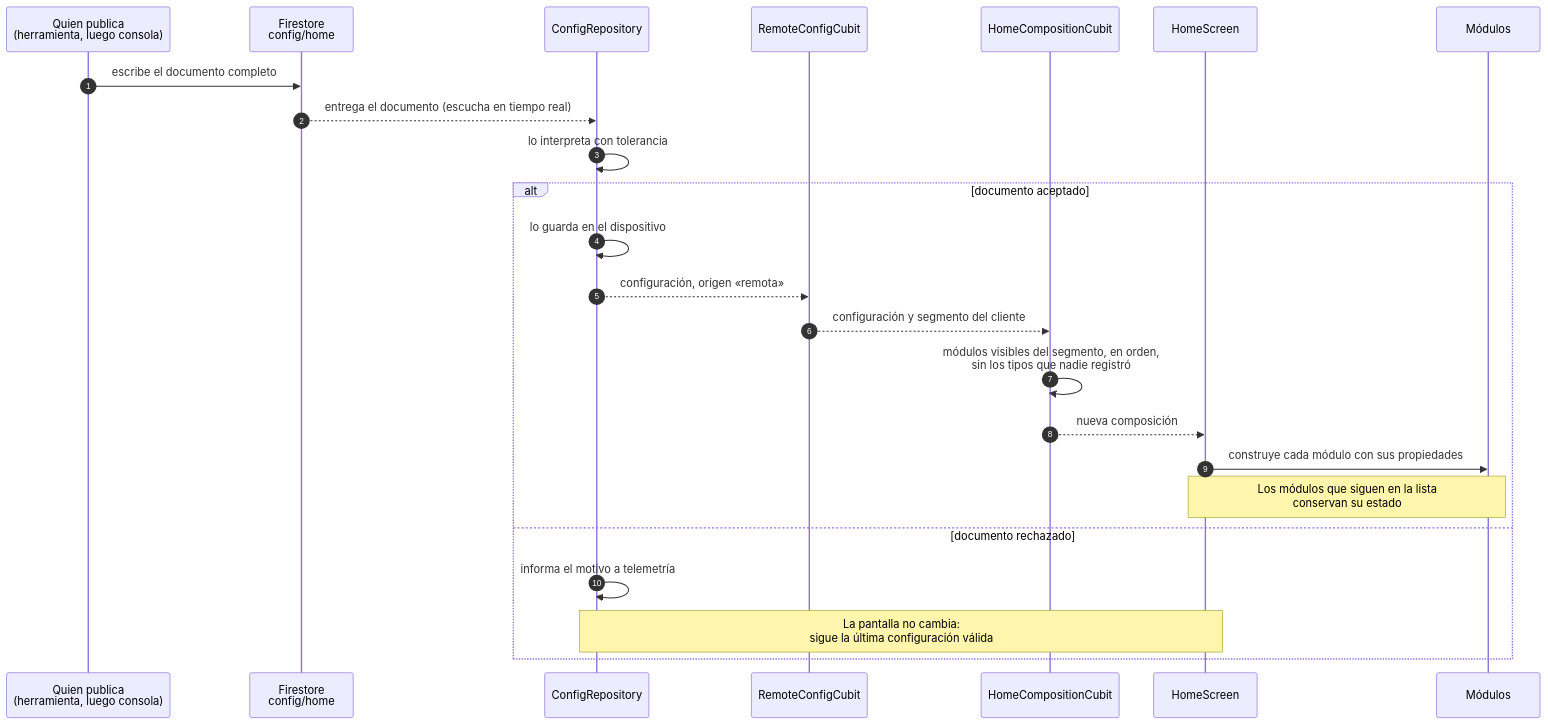
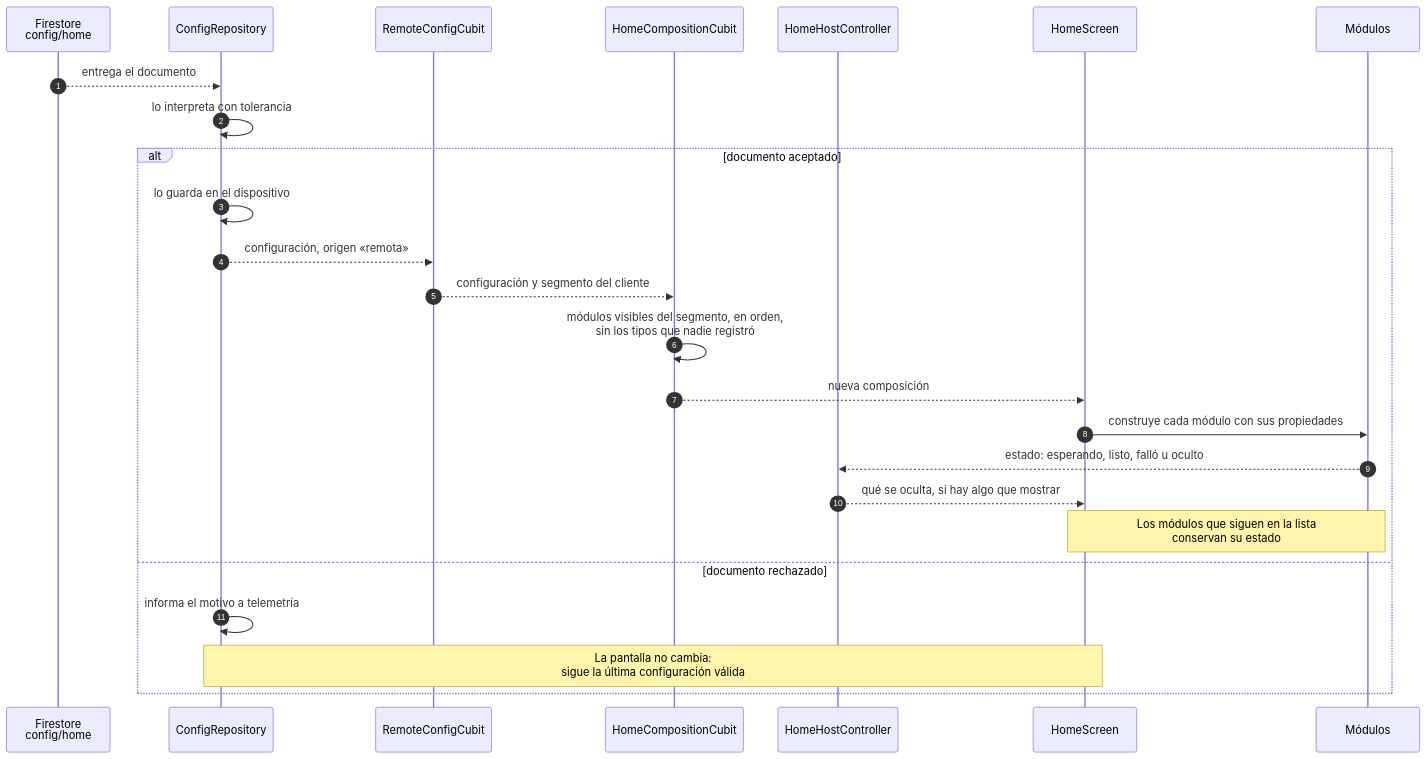
Before and after one commit to hveitia/flutter_senior_dev_challenge_bi: the second of 3 diagrams in docs/arquitectura/publicar-configuracion.md, drawn with Mermaid. The commit also changed other lines of this file and 6 other files, not shown here.

````diff
--- a/docs/arquitectura/publicar-configuracion.md
+++ b/docs/arquitectura/publicar-configuracion.md
@@ -7,27 +44,28 @@
 ```mermaid
 sequenceDiagram
   autonumber
-  participant P as Quien publica<br/>(herramienta, luego consola)
   participant F as Firestore<br/>config/home
   participant R as ConfigRepository
   participant C as RemoteConfigCubit
   participant H as HomeCompositionCubit
+  participant K as HomeHostController
   participant S as HomeScreen
   participant M as Módulos
 
-  P->>F: escribe el documento completo
-  F-->>R: entrega el documento (escucha en tiempo real)
+  F-->>R: entrega el documento
   R->>R: lo interpreta con tolerancia
   alt documento aceptado
     R->>R: lo guarda en el dispositivo
     R-->>C: configuración, origen «remota»
     C-->>H: configuración y segmento del cliente
     H->>H: módulos visibles del segmento, en orden,<br/>sin los tipos que nadie registró
     H-->>S: nueva composición
     S->>M: construye cada módulo con sus propiedades
+    M-->>K: estado: esperando, listo, falló u oculto
+    K-->>S: qué se oculta, si hay algo que mostrar
     Note over S,M: Los módulos que siguen en la lista<br/>conservan su estado
   else documento rechazado
     R->>R: informa el motivo a telemetría
     Note over R,S: La pantalla no cambia:<br/>sigue la última configuración válida
   end
 ```
````
